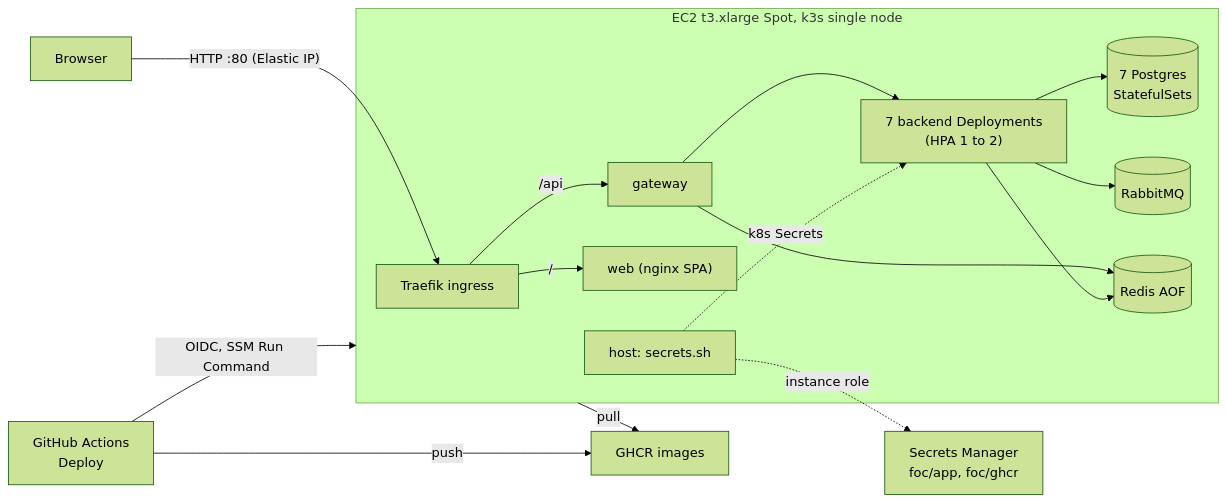
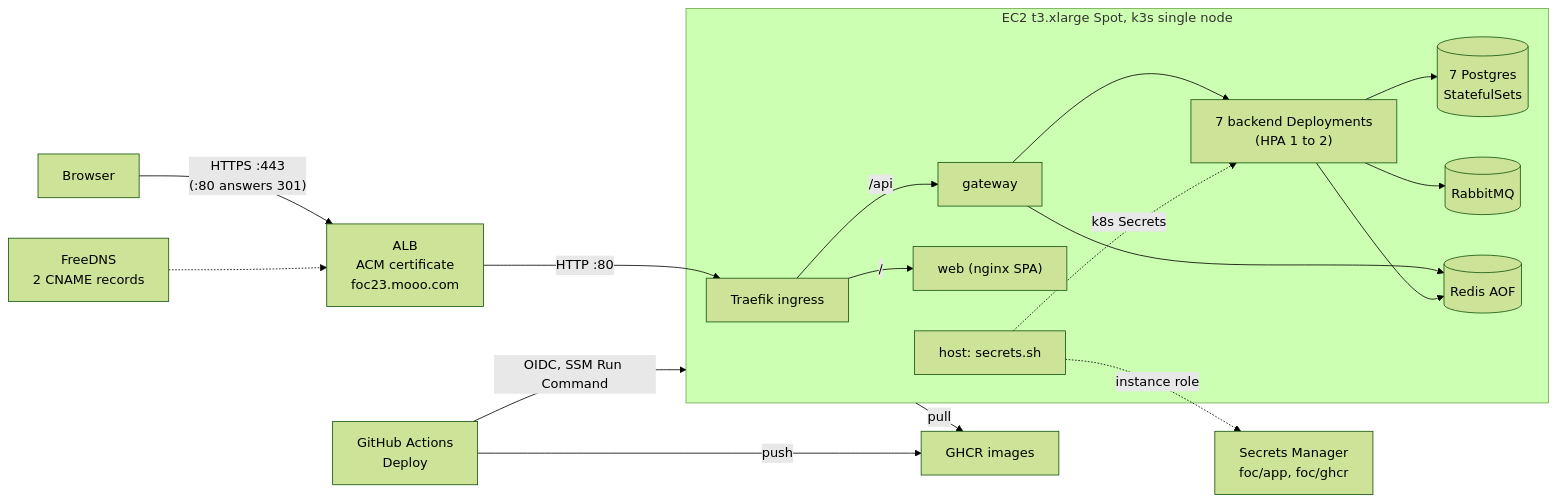
Before and after one commit to AY2627S1-CS3219-P23/foc: the diagram in docs/deployment.md, drawn with Mermaid (forest theme). The commit also changed other lines of this file and 13 other files, not shown here.

First line of the commit message:
feat(infra): serve the site over https with an ACM certificate on an ALB (#48)

````diff
--- a/docs/deployment.md
+++ b/docs/deployment.md
@@ -29,18 +36,20 @@
 ```mermaid
 flowchart LR
-  browser["Browser"] -->|"HTTP :80 (Elastic IP)"| traefik
+  browser["Browser"] -->|"HTTPS :443<br/>(:80 answers 301)"| alb["ALB<br/>ACM certificate<br/>foc23.mooo.com"]
+  dns["FreeDNS<br/>2 CNAME records"] -.-> alb
+  alb -->|"HTTP :80"| traefik
   subgraph ec2["EC2 t3.xlarge Spot, k3s single node"]
     traefik["Traefik ingress"] -->|"/api"| gateway
     traefik -->|"/"| web["web (nginx SPA)"]
     gateway --> svc["7 backend Deployments<br/>(HPA 1 to 2)"]
     svc --> pg[("7 Postgres<br/>StatefulSets")]
     svc --> mq[("RabbitMQ")]
     gateway --> redis[("Redis AOF")]
     svc --> redis
     host["host: secrets.sh"] -.->|"k8s Secrets"| svc
   end
   host -.->|"instance role"| sm["Secrets Manager<br/>foc/app, foc/ghcr"]
   gha["GitHub Actions<br/>Deploy"] -->|"push"| ghcr["GHCR images"]
   gha -->|"OIDC, SSM Run Command"| ec2
   ec2 -->|"pull"| ghcr
 ```
````
